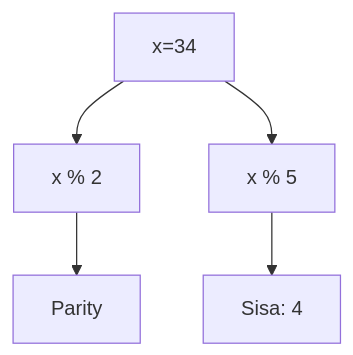
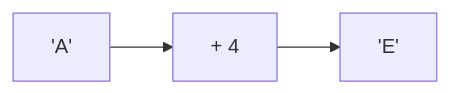
Before and after one commit to amnahwaida/OSNK_INF_PREP: diagram 12 of 25 in part-c-pemahaman-cpp/01-tipe-data/latihan/set-02.md, drawn with Mermaid. The commit also changed other lines of this file and 71 other files, not shown here.

Commit message:
Fixed Mermaid syntax lexical errors with quoted labels in 1,800 questions

````diff
--- a/part-c-pemahaman-cpp/01-tipe-data/latihan/set-02.md
+++ b/part-c-pemahaman-cpp/01-tipe-data/latihan/set-02.md
@@ -387,7 +363,5 @@
 ```mermaid
-graph TD
-A[x=34] --> B[x % 2]
-B --> C[Parity]
-A --> D[x % 5]
-D --> E[Sisa: 4]
+graph LR
+A["'A'"] --> B["+ 4"]
+B --> C["'E'"]
 ```
````
